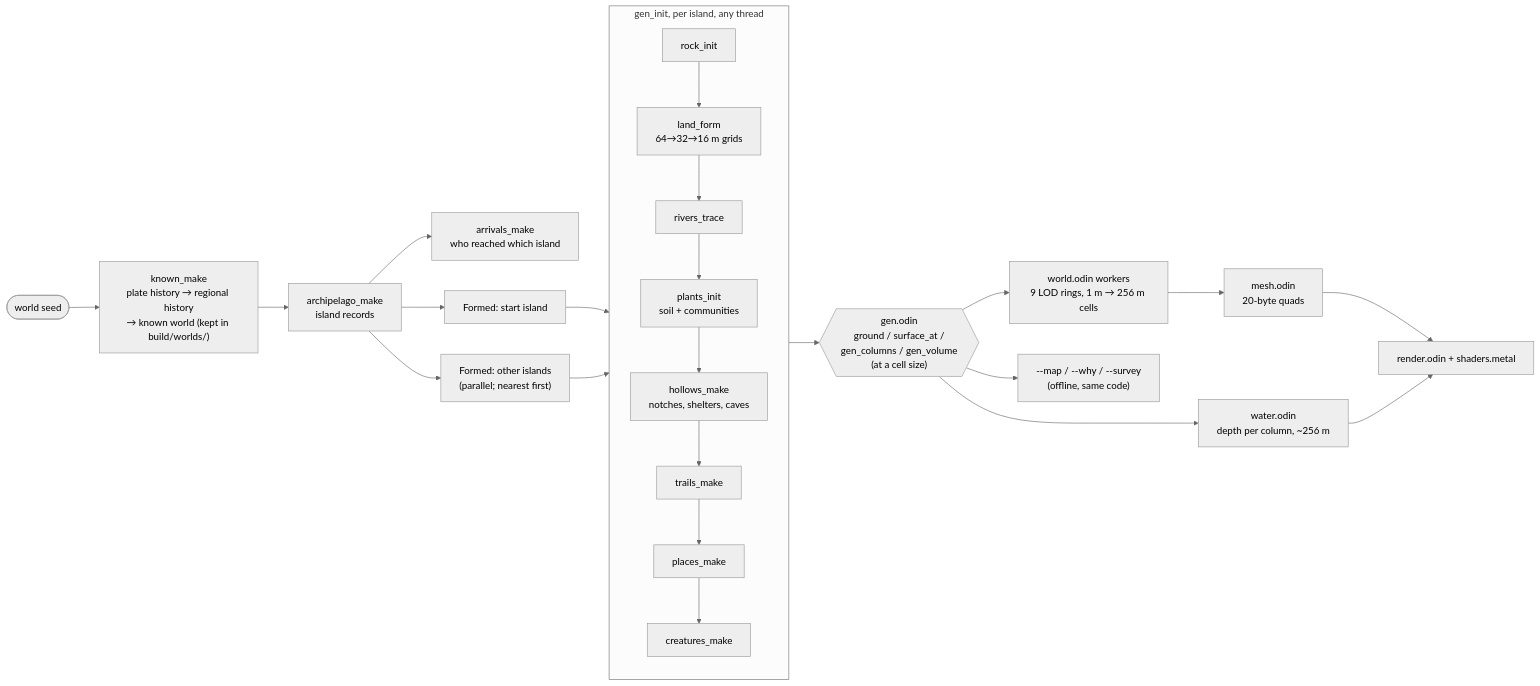
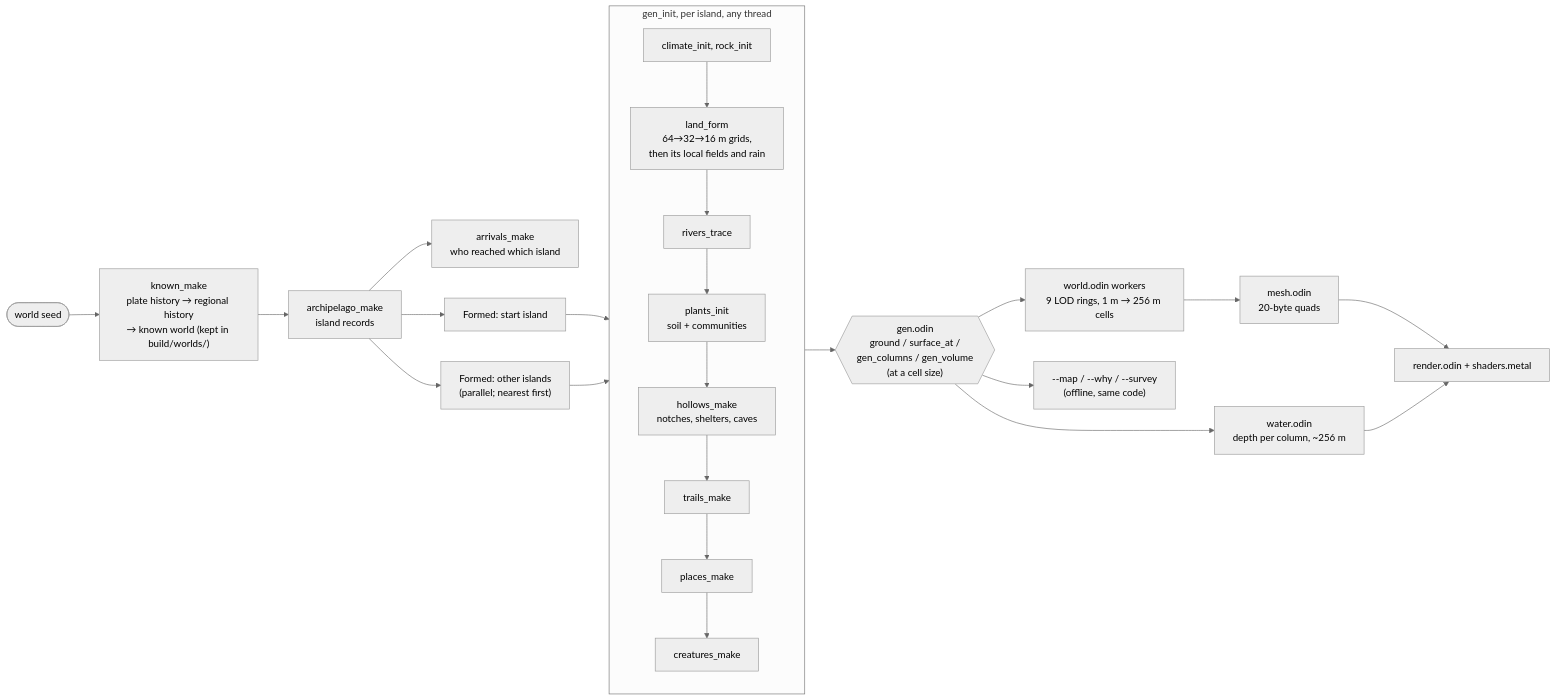
Before and after one commit to macklinhrw/odincraft: the diagram in ARCHITECTURE.md, drawn with Mermaid (neutral theme). The commit also changed other lines of this file and 15 other files, not shown here.

````diff
--- a/ARCHITECTURE.md
+++ b/ARCHITECTURE.md
@@ -32,27 +33,27 @@
 ```mermaid
 flowchart LR
   seed([world seed]) --> known["known_make<br/>plate history → regional history<br/>→ known world (kept in build/worlds/)"]
   known --> arch["archipelago_make<br/>island records"]
   arch --> arrivals["arrivals_make<br/>who reached which island"]
   arch --> F1["Formed: start island"]
   arch --> Fn["Formed: other islands<br/>(parallel; nearest first)"]
   subgraph forming ["gen_init, per island, any thread"]
     direction TB
-    rock[rock_init] --> land["land_form<br/>64→32→16 m grids"]
+    rock["climate_init, rock_init"] --> land["land_form<br/>64→32→16 m grids,<br/>then its local fields and rain"]
     land --> rivers[rivers_trace]
     rivers --> plants["plants_init<br/>soil + communities"]
     plants --> hollows["hollows_make<br/>notches, shelters, caves"]
     hollows --> trails[trails_make]
     trails --> places[places_make]
     places --> creatures[creatures_make]
   end
   F1 --> forming
   Fn --> forming
   forming --> gen{{"gen.odin<br/>ground / surface_at /<br/>gen_columns / gen_volume<br/>(at a cell size)"}}
   gen --> workers["world.odin workers<br/>9 LOD rings, 1 m → 256 m cells"]
   workers --> mesh["mesh.odin<br/>20-byte quads"]
   mesh --> render["render.odin + shaders.metal"]
   gen --> water["water.odin<br/>depth per column, ~256 m"]
   water --> render
   gen --> tools["--map / --why / --survey<br/>(offline, same code)"]
 ```
````
